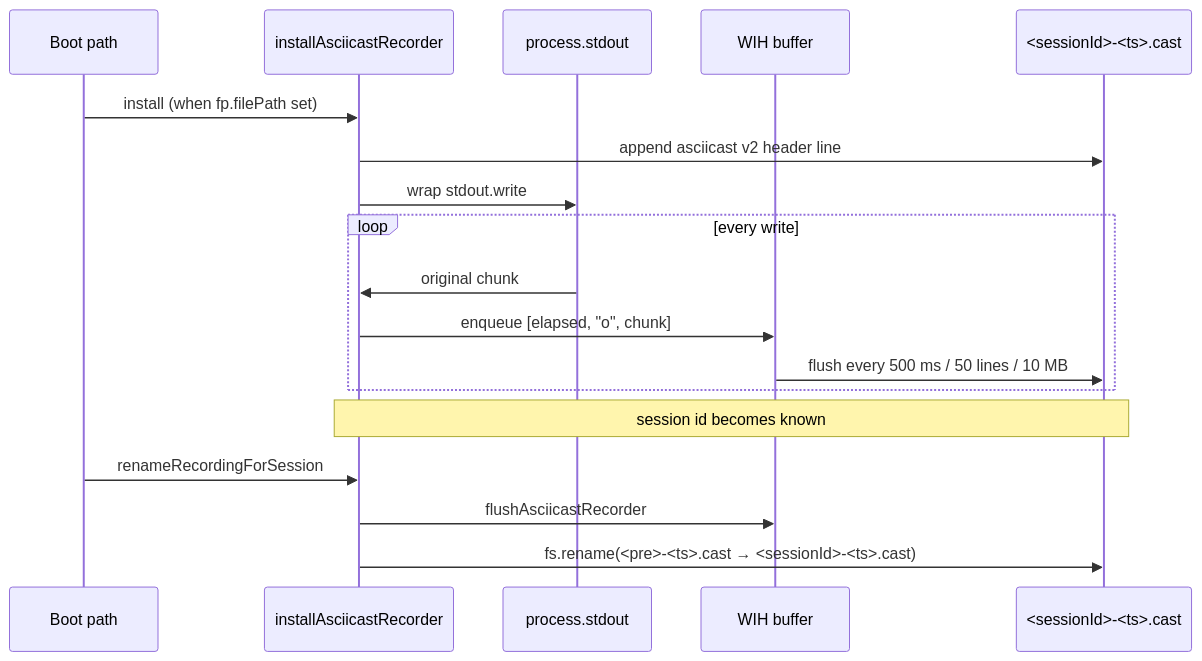
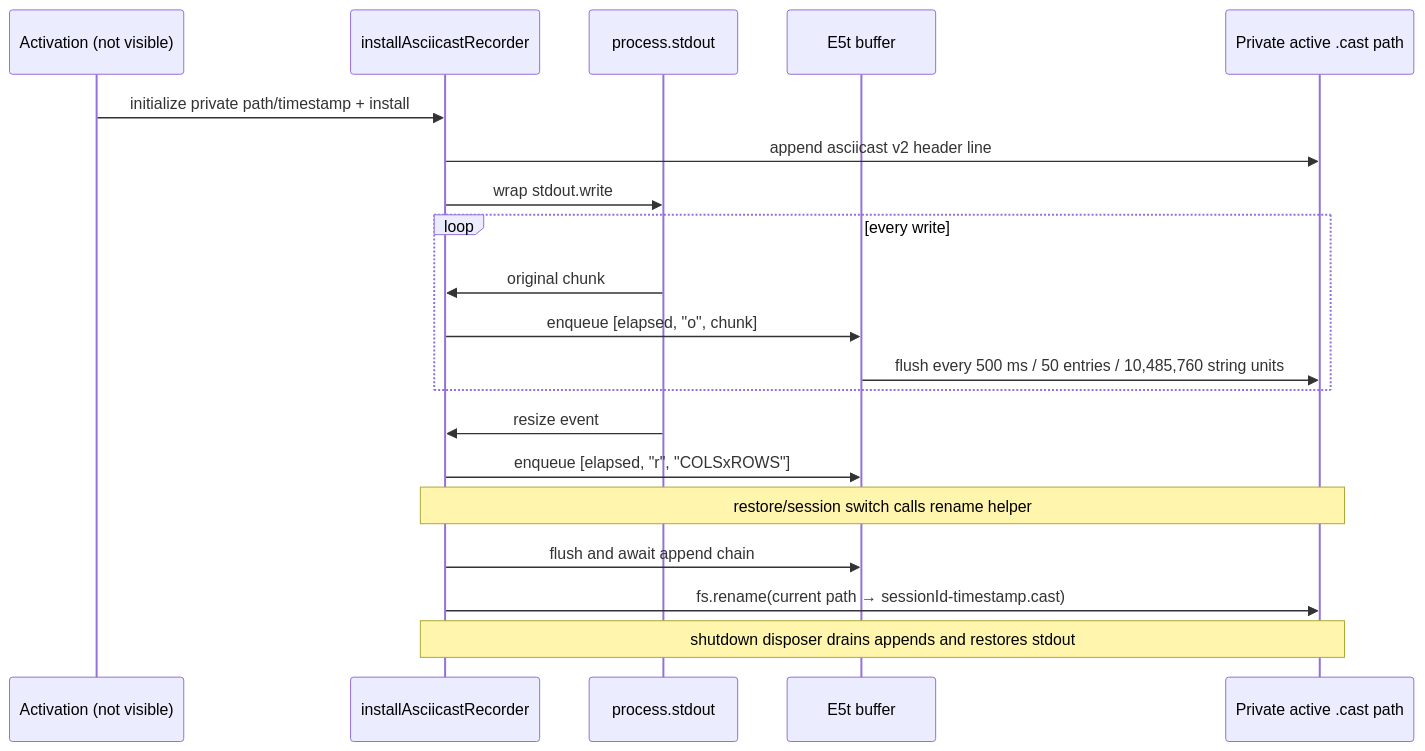
Before and after one commit to vibewatch/claude-code-internals: the diagram in docs/04-sessions-persistence-remote/session-recording.md, drawn with Mermaid. The commit also changed other lines of this file and 46 other files, not shown here.

````diff
--- a/docs/04-sessions-persistence-remote/session-recording.md
+++ b/docs/04-sessions-persistence-remote/session-recording.md
@@ -33,23 +35,25 @@
 ```mermaid
 sequenceDiagram
-    participant Boot as Boot path
+    participant Activation as Activation (not visible)
     participant Recorder as installAsciicastRecorder
     participant Stdout as process.stdout
-    participant Buffer as WIH buffer
-    participant Disk as <sessionId>-<ts>.cast
+    participant Buffer as E5t buffer
+    participant Disk as Private active .cast path
 
-    Boot->>Recorder: install (when fp.filePath set)
+    Activation->>Recorder: initialize private path/timestamp + install
     Recorder->>Disk: append asciicast v2 header line
     Recorder->>Stdout: wrap stdout.write
 
     loop every write
         Stdout->>Recorder: original chunk
         Recorder->>Buffer: enqueue [elapsed, "o", chunk]
-        Buffer->>Disk: flush every 500 ms / 50 lines / 10 MB
+        Buffer->>Disk: flush every 500 ms / 50 entries / 10,485,760 string units
     end
 
-    Note over Recorder,Disk: session id becomes known
-    Boot->>Recorder: renameRecordingForSession
-    Recorder->>Buffer: flushAsciicastRecorder
-    Recorder->>Disk: fs.rename(<pre>-<ts>.cast → <sessionId>-<ts>.cast)
+    Stdout->>Recorder: resize event
+    Recorder->>Buffer: enqueue [elapsed, "r", "COLSxROWS"]
+    Note over Recorder,Disk: restore/session switch calls rename helper
+    Recorder->>Buffer: flush and await append chain
+    Recorder->>Disk: fs.rename(current path → sessionId-timestamp.cast)
+    Note over Recorder,Disk: shutdown disposer drains appends and restores stdout
 ```
````
